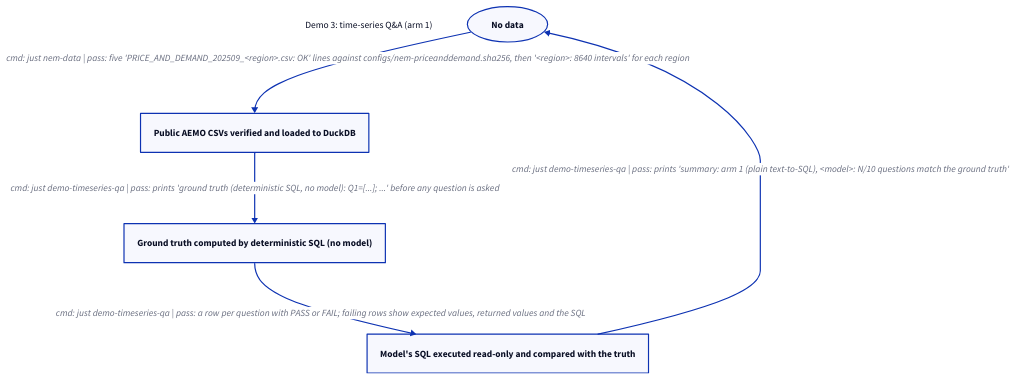
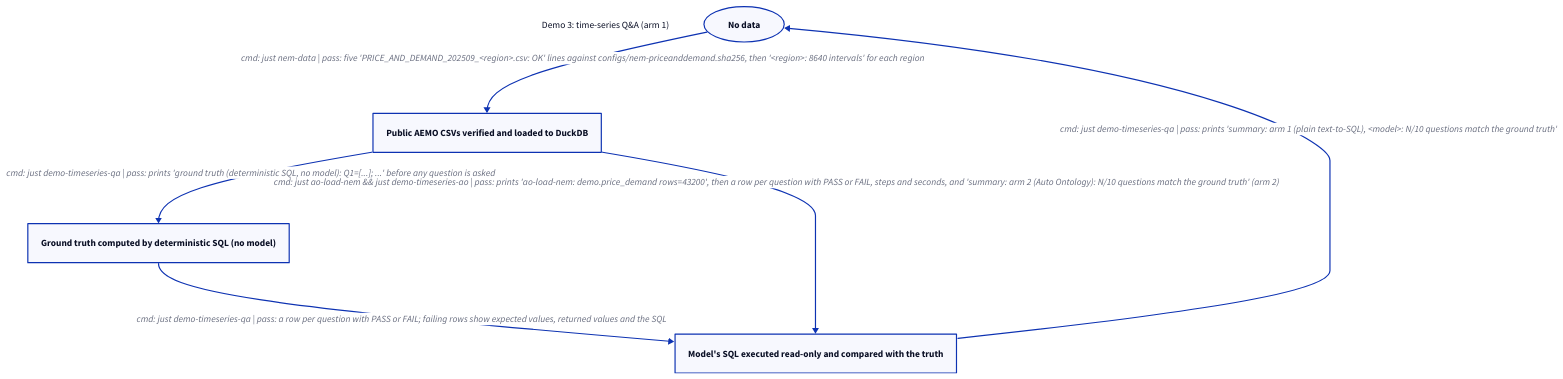
Before and after one commit to fungible-farm/wattson: the diagram in docs/diagrams/demo-timeseries-qa.d2, drawn with D2. The commit also changed 5 other files, not shown here.

First line of the commit message:
feat: demo 3 arm 2: Auto Ontology over the NEM data, 7/10 strict (#95, #100)

```diff
--- a/docs/diagrams/demo-timeseries-qa.d2
+++ b/docs/diagrams/demo-timeseries-qa.d2
@@ -1,14 +1,15 @@
 # procedural-chart
 # State chart: demo 3, natural-language Q&A over relational time series (#100), arm 1. Data fetched and checksummed by containers; SQL runs in a no-network container.
 direction: down
 title: "Demo 3: time-series Q&A (arm 1)" {shape: text}
 
 absent: No data {shape: oval}
 loaded: Public AEMO CSVs verified and loaded to DuckDB
 truth: Ground truth computed by deterministic SQL (no model)
 scored: Model's SQL executed read-only and compared with the truth
 
 absent -> loaded: "cmd: just nem-data | pass: five 'PRICE_AND_DEMAND_202509_<region>.csv: OK' lines against configs/nem-priceanddemand.sha256, then '<region>: 8640 intervals' for each region"
 loaded -> truth: "cmd: just demo-timeseries-qa | pass: prints 'ground truth (deterministic SQL, no model): Q1=[...]; ...' before any question is asked"
 truth -> scored: "cmd: just demo-timeseries-qa | pass: a row per question with PASS or FAIL; failing rows show expected values, returned values and the SQL"
 scored -> absent: "cmd: just demo-timeseries-qa | pass: prints 'summary: arm 1 (plain text-to-SQL), <model>: N/10 questions match the ground truth'"
+loaded -> scored: "cmd: just ao-load-nem && just demo-timeseries-ao | pass: prints 'ao-load-nem: demo.price_demand rows=43200', then a row per question with PASS or FAIL, steps and seconds, and 'summary: arm 2 (Auto Ontology): N/10 questions match the ground truth' (arm 2)"
```
